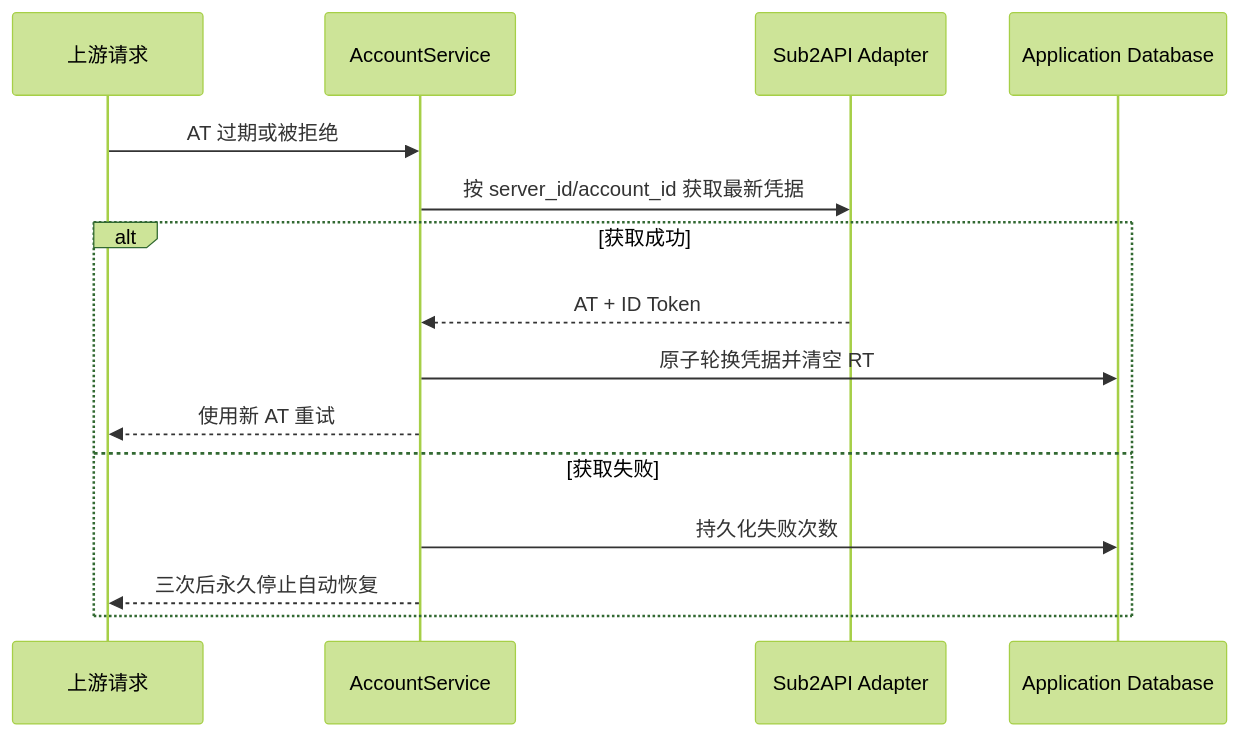
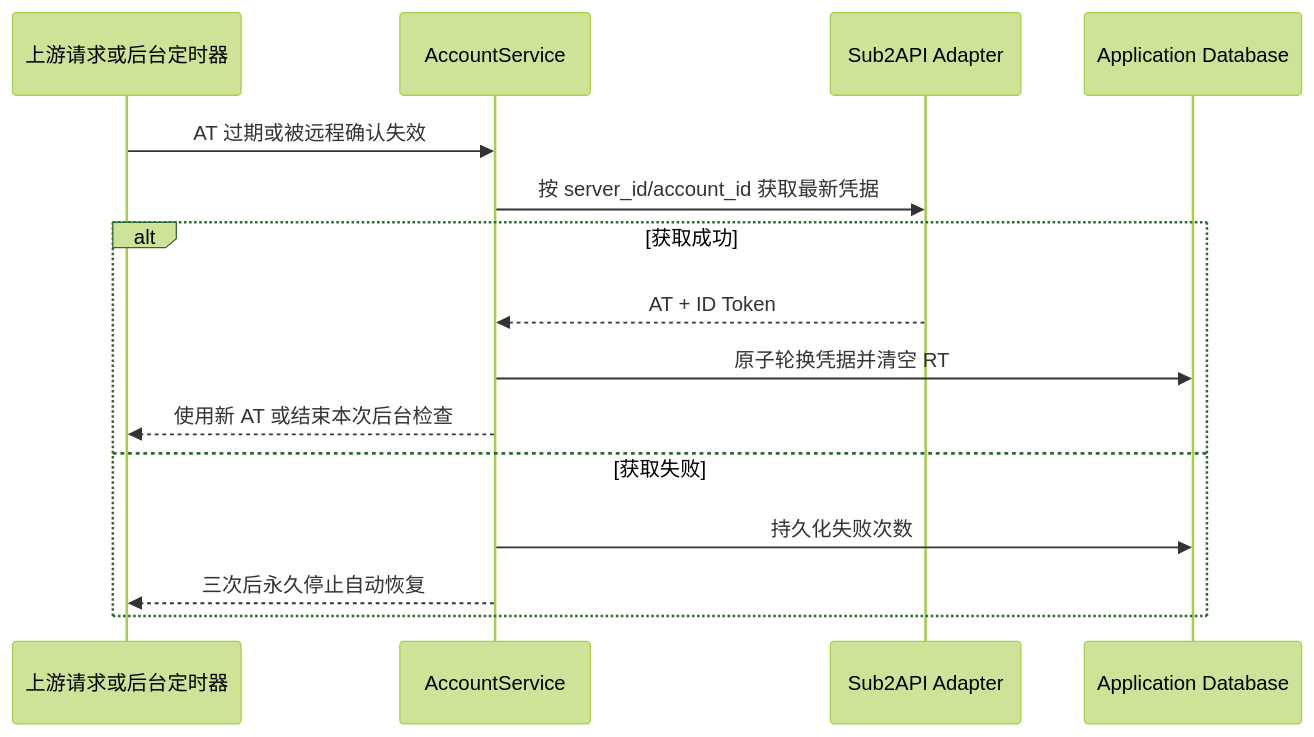
One commit to sleepinginsummer/chatgpt2api changed the second of 6 diagrams in docs/maps/critical-flows.md. Above: the diagram before and after it, drawn with Mermaid (forest theme). The commit also changed other lines of this file and 8 other files, not shown here.

````diff
--- a/docs/maps/critical-flows.md
+++ b/docs/maps/critical-flows.md
@@ -50,17 +50,17 @@
 ```mermaid
 sequenceDiagram
-    participant Request as 上游请求
+    participant Trigger as 上游请求或后台定时器
     participant Accounts as AccountService
     participant Source as Sub2API Adapter
     participant DB as Application Database
-    Request->>Accounts: AT 过期或被拒绝
+    Trigger->>Accounts: AT 过期或被远程确认失效
     Accounts->>Source: 按 server_id/account_id 获取最新凭据
     alt 获取成功
         Source-->>Accounts: AT + ID Token
         Accounts->>DB: 原子轮换凭据并清空 RT
-        Accounts-->>Request: 使用新 AT 重试
+        Accounts-->>Trigger: 使用新 AT 或结束本次后台检查
     else 获取失败
         Accounts->>DB: 持久化失败次数
-        Accounts-->>Request: 三次后永久停止自动恢复
+        Accounts-->>Trigger: 三次后永久停止自动恢复
     end
 ```
````
